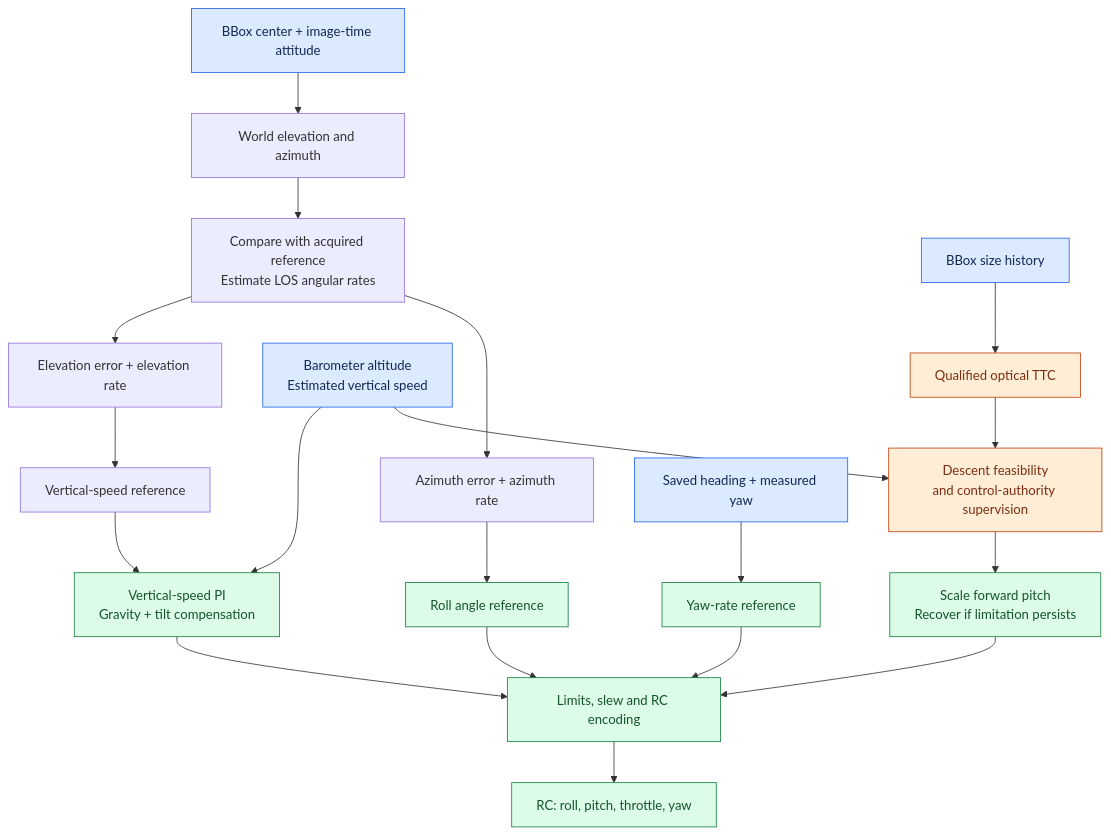
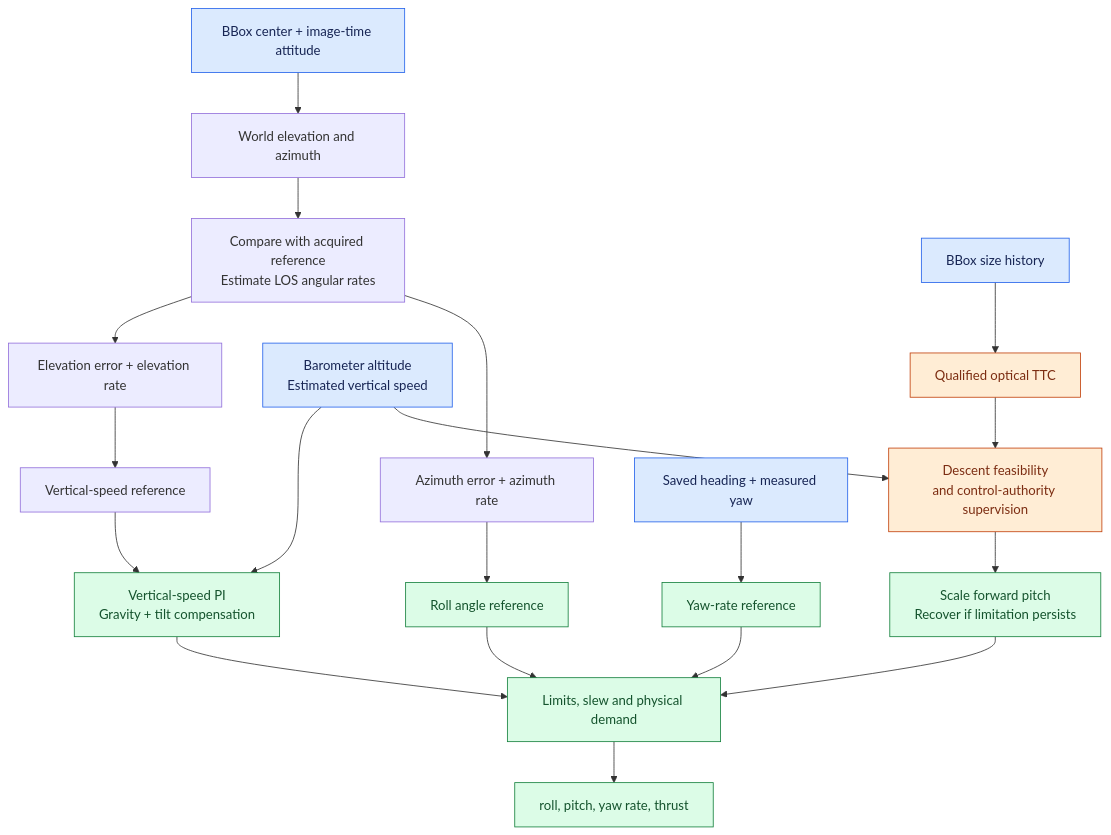
One commit to robobe/los_tracking changed the second of 6 diagrams in docs/package-control-flow.md. Above: the diagram before and after it, drawn with Mermaid. The commit also changed other lines of this file and 19 other files, not shown here.

````diff
--- a/docs/package-control-flow.md
+++ b/docs/package-control-flow.md
@@ -77,27 +77,27 @@
 ```mermaid
 flowchart TD
     BOX["BBox center + image-time attitude"] --> ANG["World elevation and azimuth"]
     ANG --> ERR["Compare with acquired reference<br/>Estimate LOS angular rates"]
     ERR --> EL["Elevation error + elevation rate"]
     ERR --> AZ["Azimuth error + azimuth rate"]
     EL --> VZ["Vertical-speed reference"]
     AZ --> ROLL["Roll angle reference"]
     BAR["Barometer altitude<br/>Estimated vertical speed"] --> THR["Vertical-speed PI<br/>Gravity + tilt compensation"]
     VZ --> THR
     SIZE["BBox size history"] --> TTC["Qualified optical TTC"]
     TTC --> SUP["Descent feasibility<br/>and control-authority supervision"]
     BAR --> SUP
     SUP --> PITCH["Scale forward pitch<br/>Recover if limitation persists"]
     HEAD["Saved heading + measured yaw"] --> YAW["Yaw-rate reference"]
-    ROLL --> ENC["Limits, slew and RC encoding"]
+    ROLL --> ENC["Limits, slew and physical demand"]
     THR --> ENC
     PITCH --> ENC
     YAW --> ENC
-    ENC --> RC["RC: roll, pitch, throttle, yaw"]
+    ENC --> RC["roll, pitch, yaw rate, thrust"]
     classDef measured fill:#dbeafe,stroke:#2563eb,color:#172554;
     classDef supervisory fill:#ffedd5,stroke:#c2410c,color:#7c2d12;
     classDef command fill:#dcfce7,stroke:#15803d,color:#14532d;
     class BOX,BAR,SIZE,HEAD measured;
     class TTC,SUP supervisory;
     class ROLL,THR,PITCH,YAW,ENC,RC command;
 ```
````
